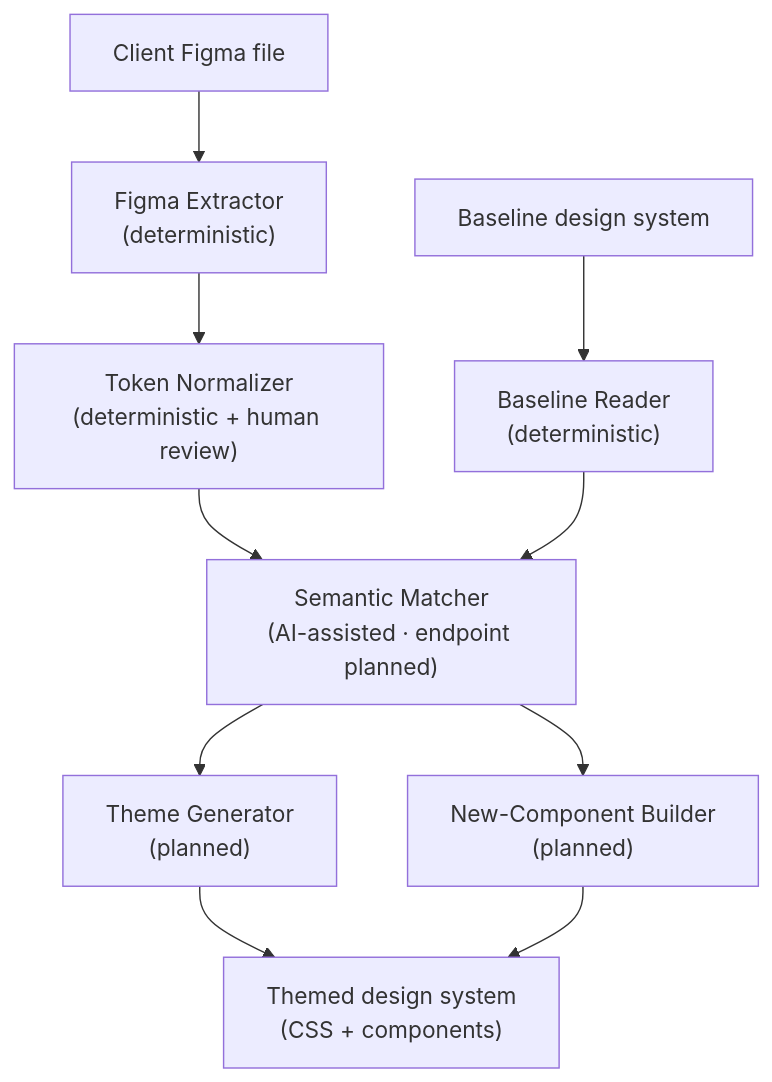
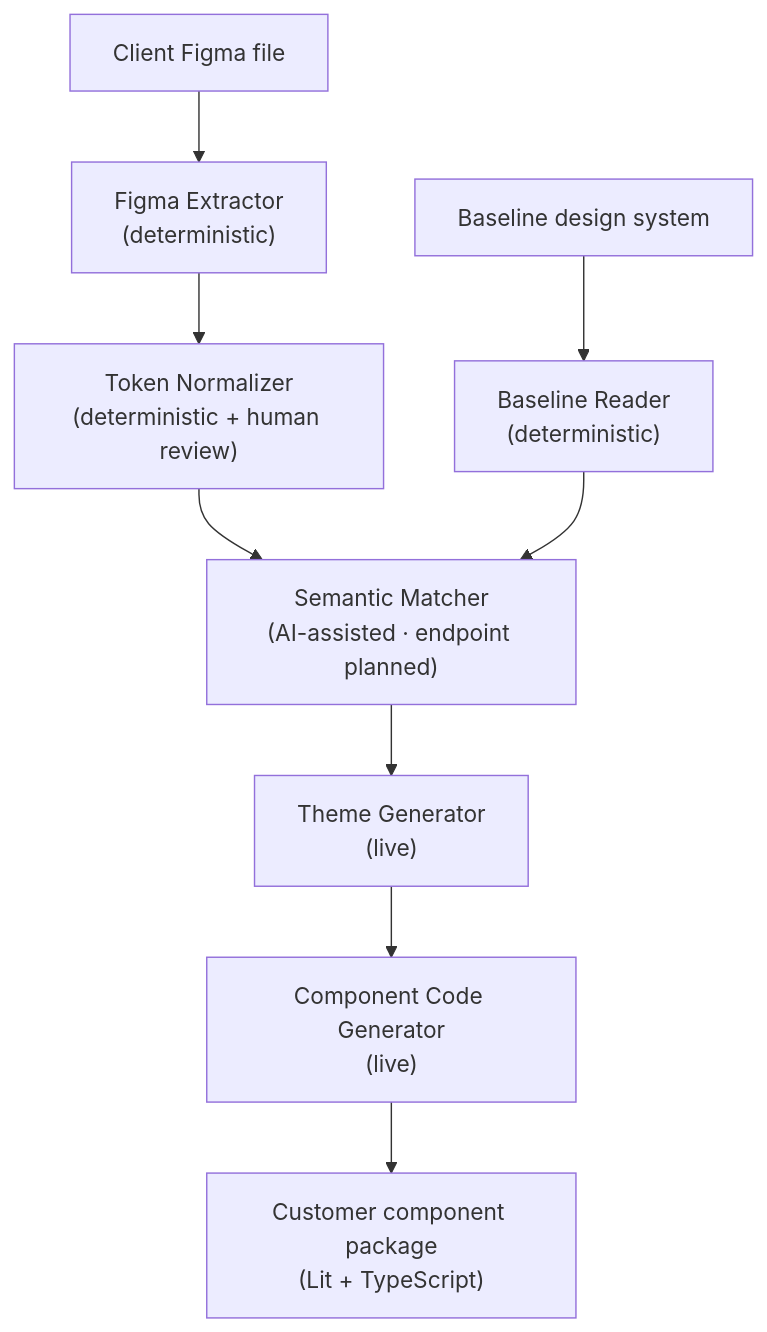
The diagram in README.md (UDG-Dirk/agentos-docker-template), drawn with Mermaid before and after one commit. The commit also changed other lines of this file and 12 other files, not shown here.

````diff
--- a/README.md
+++ b/README.md
@@ -77,12 +77,11 @@
 ```mermaid
 flowchart TD
     F["Client Figma file"] --> EX["Figma Extractor<br/>(deterministic)"]
     EX --> TN["Token Normalizer<br/>(deterministic + human review)"]
     B["Baseline design system"] --> BR["Baseline Reader<br/>(deterministic)"]
     TN --> SM["Semantic Matcher<br/>(AI-assisted · endpoint planned)"]
     BR --> SM
-    SM --> TG["Theme Generator<br/>(planned)"]
-    SM --> NC["New-Component Builder<br/>(planned)"]
-    TG --> OUT["Themed design system<br/>(CSS + components)"]
-    NC --> OUT
+    SM --> TG["Theme Generator<br/>(live)"]
+    TG --> CCG["Component Code Generator<br/>(live)"]
+    CCG --> OUT["Customer component package<br/>(Lit + TypeScript)"]
 ```
````
